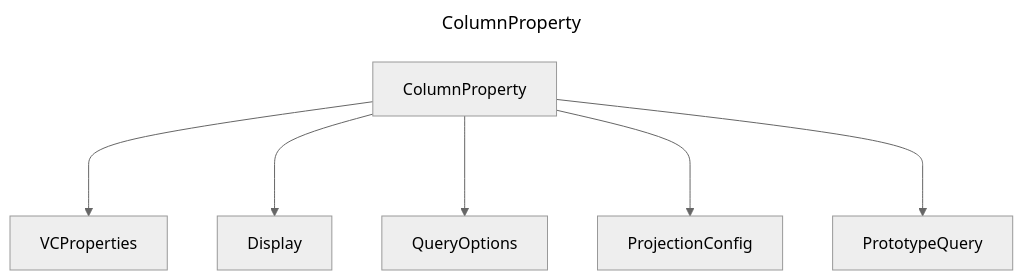
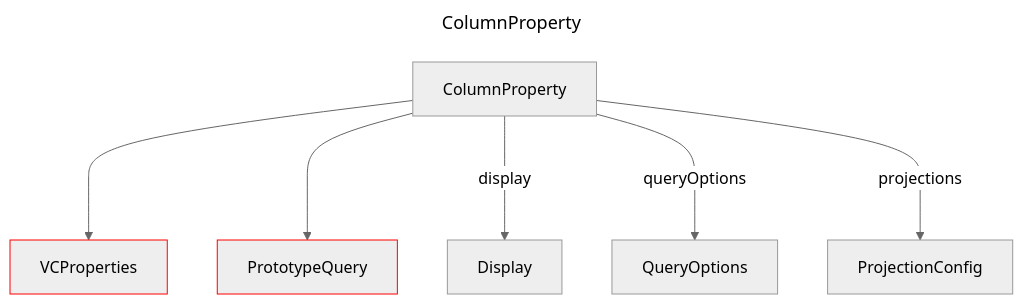
Before and after one commit to douglassimonsen/pbi_core: the diagram in docs/docs/layout/erd/ColumnProperty.md, drawn with Mermaid (neutral theme). The commit also changed 77 other files, not shown here.

Commit message:
Updated to color code the layout ERD

````diff
--- a/docs/docs/layout/erd/ColumnProperty.md
+++ b/docs/docs/layout/erd/ColumnProperty.md
@@ -1,17 +1,19 @@
 ```mermaid
 ---
 title: ColumnProperty
 ---
 graph 
-2722076034288["ProjectionConfig"]
-2722076033312["VCProperties"]
-2722076045024["Display"]
-2722076123104["PrototypeQuery"]
-2722076049904["QueryOptions"]
-2722113511200["ColumnProperty"]
-2722113511200 ---> 2722076033312
-2722113511200 ---> 2722076045024
-2722113511200 ---> 2722076049904
-2722113511200 ---> 2722076034288
-2722113511200 ---> 2722076123104
+2430552678256["ColumnProperty"]
+2430514799136["ProjectionConfig"]
+2430514810848["Display"]
+2430514805968["VCProperties"]
+style 2430514805968 stroke:#ff0000,stroke-width:1px
+2430071951472["PrototypeQuery"]
+style 2430071951472 stroke:#ff0000,stroke-width:1px
+2430514817680["QueryOptions"]
+2430552678256 ---> 2430514805968
+2430552678256 ---> 2430071951472
+2430552678256 --->|display| 2430514810848
+2430552678256 --->|queryOptions| 2430514817680
+2430552678256 --->|projections| 2430514799136
 ```
````
